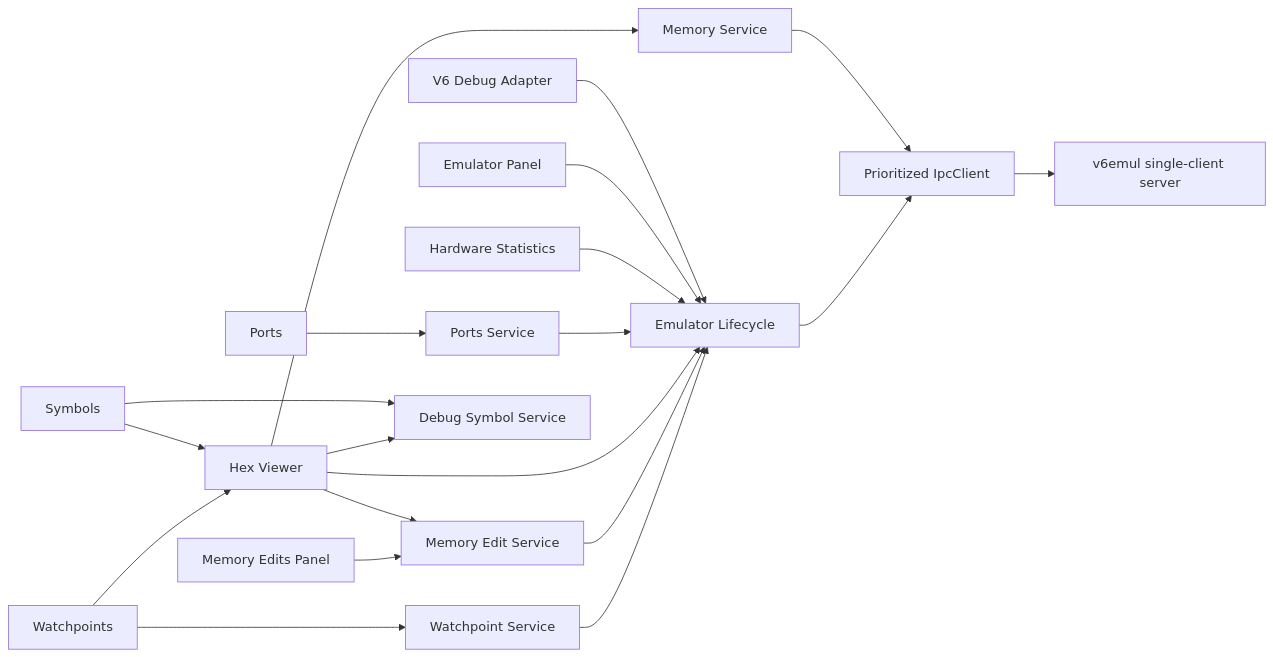
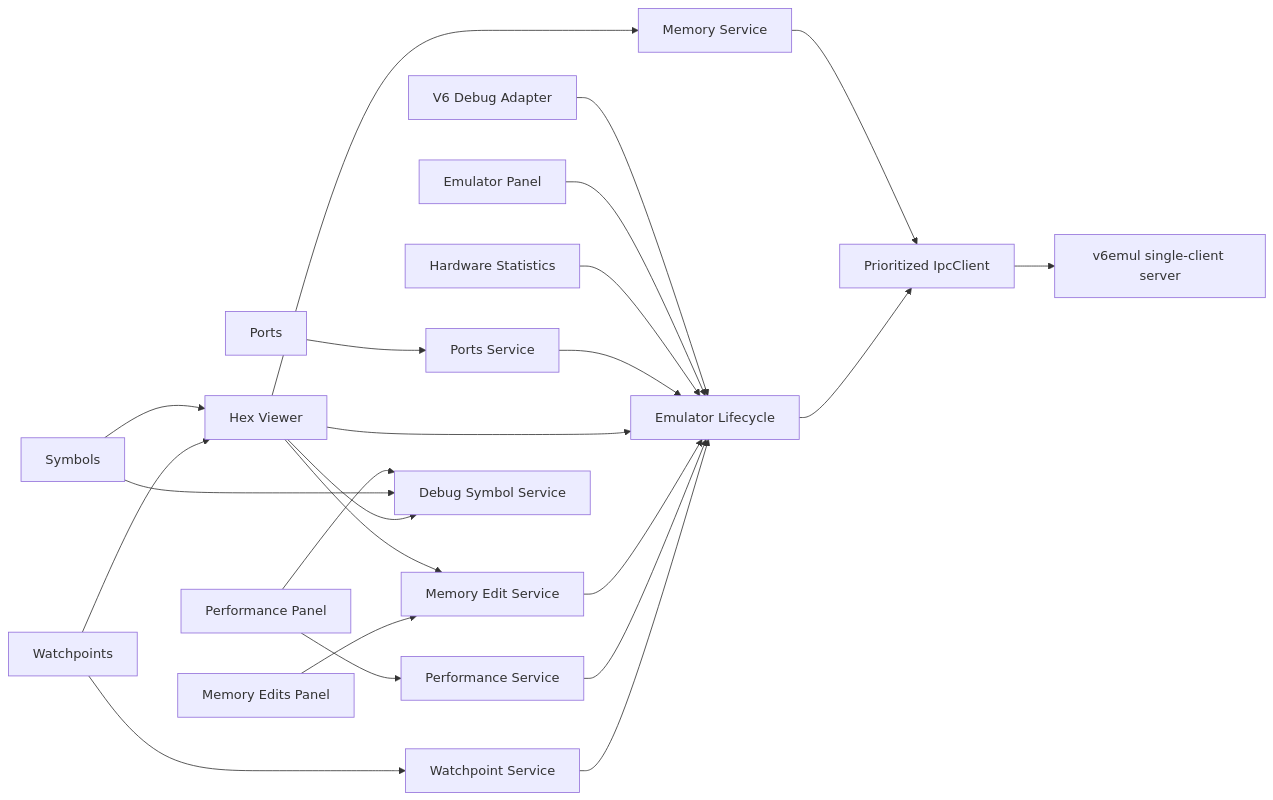
The diagram in docs/architecture.md (parallelno/v6vscode), drawn with Mermaid before and after one commit. The commit also changed other lines of this file and 26 other files, not shown here.

Commit message:
V6 Performance Panel

````diff
--- a/docs/architecture.md
+++ b/docs/architecture.md
@@ -29,22 +29,25 @@
 ```mermaid
 flowchart LR
 	DAP[V6 Debug Adapter] --> Lifecycle[Emulator Lifecycle]
 	Panel[Emulator Panel] --> Lifecycle
 	Stats[Hardware Statistics] --> Lifecycle
 	Ports[Ports] --> PortsService[Ports Service]
 	PortsService --> Lifecycle
 	Hex[Hex Viewer] --> Lifecycle
 	Hex --> Edits[Memory Edit Service]
 	MemoryEdits[Memory Edits Panel] --> Edits
 	Edits --> Lifecycle
+	Performance[Performance Panel] --> PerfService[Performance Service]
+	PerfService --> Lifecycle
+	Performance --> SymbolService
 	Symbols[Symbols] --> SymbolService[Debug Symbol Service]
 	Hex --> SymbolService
 	Symbols --> Hex
 	Watch[Watchpoints] --> WatchService[Watchpoint Service]
 	WatchService --> Lifecycle
 	Watch --> Hex
 	Hex --> Memory[Memory Service]
 	Memory --> Client
 	Lifecycle --> Client[Prioritized IpcClient]
 	Client --> Emulator[v6emul single-client server]
 ```
````
